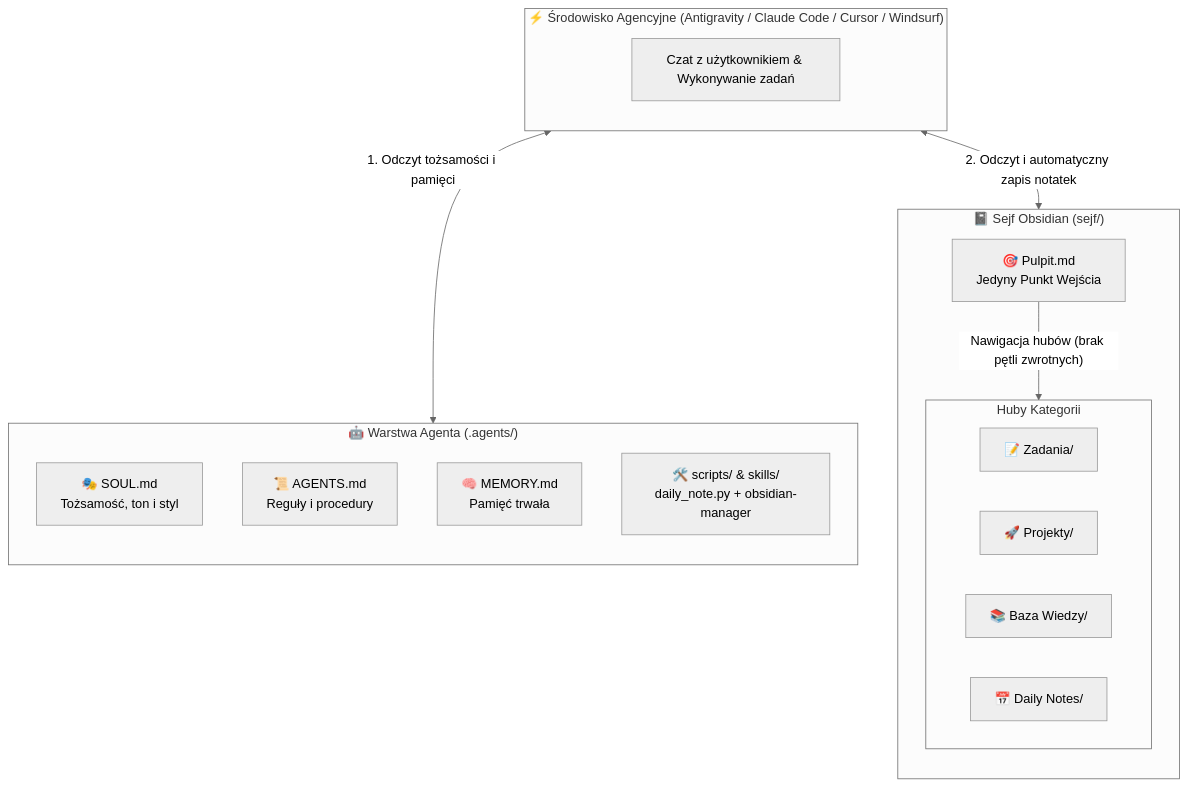
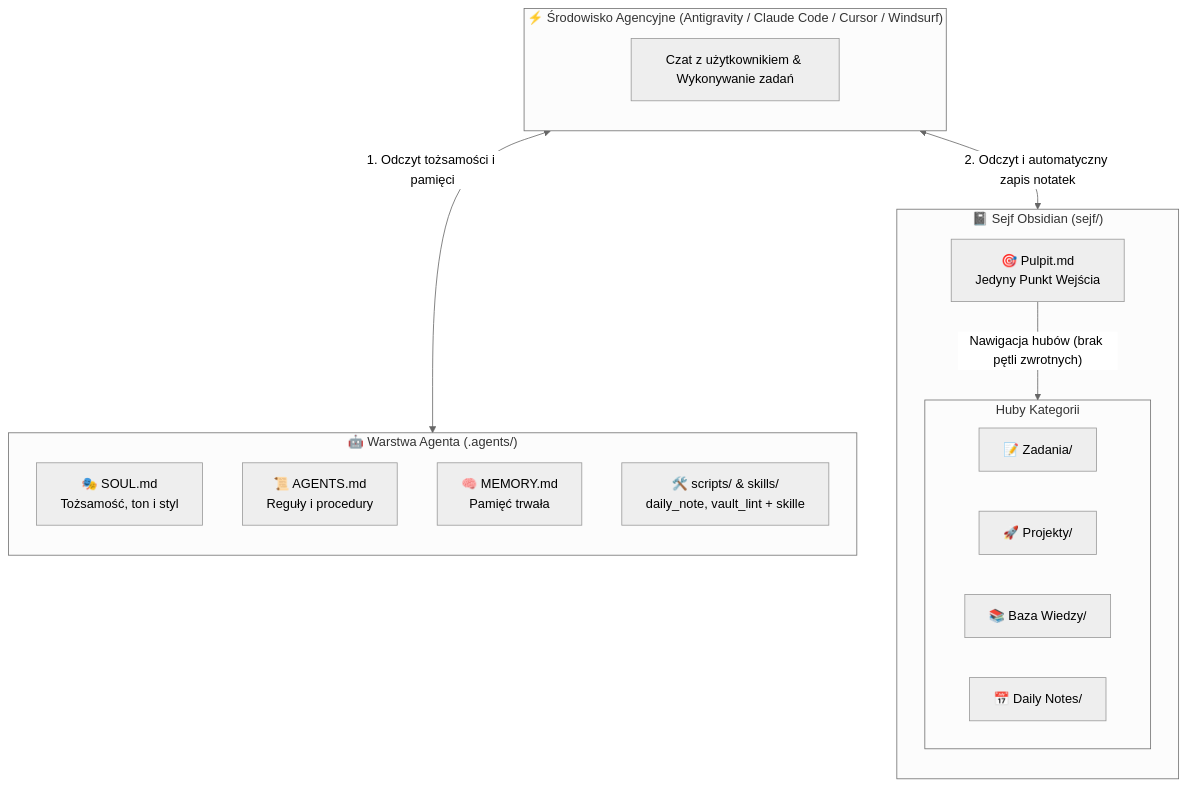
One commit to Dawe1600/obsidian-ai-starter changed the diagram in README.md. Above: the diagram before and after it, drawn with Mermaid (neutral theme). The commit also changed other lines of this file and 4 other files, not shown here.

First line of the commit message:
feat: dodanie skilla grilling oraz lintera sejfu vault-lint

````diff
--- a/README.md
+++ b/README.md
@@ -61,31 +63,31 @@
 ```mermaid
 flowchart TD
     subgraph AgentWorkspace["🤖 Warstwa Agenta (.agents/)"]
         direction TB
         Soul["🎭 SOUL.md<br/>Tożsamość, ton i styl"]
         Agents["📜 AGENTS.md<br/>Reguły i procedury"]
         Memory["🧠 MEMORY.md<br/>Pamięć trwała"]
-        Tools["🛠️ scripts/ & skills/<br/>daily_note.py + obsidian-manager"]
+        Tools["🛠️ scripts/ & skills/<br/>daily_note, vault_lint + skille"]
     end
 
     subgraph Narzedzie["⚡ Środowisko Agencyjne (Antigravity / Claude Code / Cursor / Windsurf)"]
         direction TB
         Prompt["Czat z użytkownikiem & Wykonywanie zadań"]
     end
 
     subgraph ObsidianVault["📓 Sejf Obsidian (sejf/)"]
         direction TB
         Pulpit["🎯 Pulpit.md<br/>Jedyny Punkt Wejścia"]
         subgraph Huby["Huby Kategorii"]
             direction LR
             Zadania["📝 Zadania/"]
             Projekty["🚀 Projekty/"]
             Wiedza["📚 Baza Wiedzy/"]
             Daily["📅 Daily Notes/"]
         end
     end
 
     Prompt <-->|"1. Odczyt tożsamości i pamięci"| AgentWorkspace
     Prompt <-->|"2. Odczyt i automatyczny zapis notatek"| ObsidianVault
     Pulpit -->|"Nawigacja hubów (brak pętli zwrotnych)"| Huby
 ```
````
